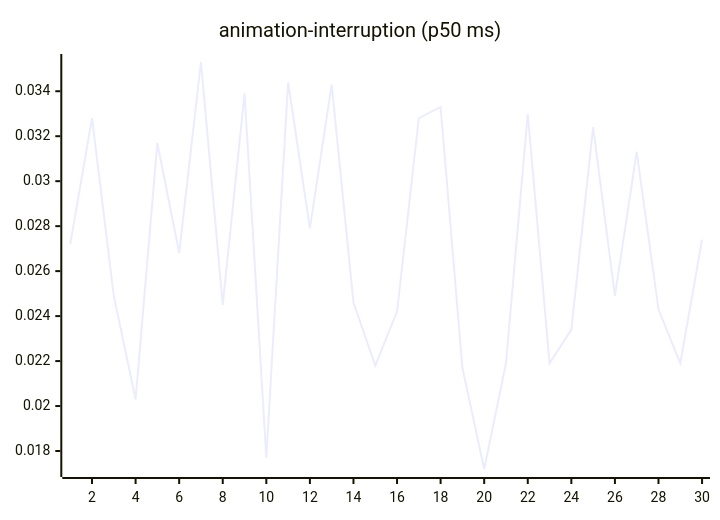
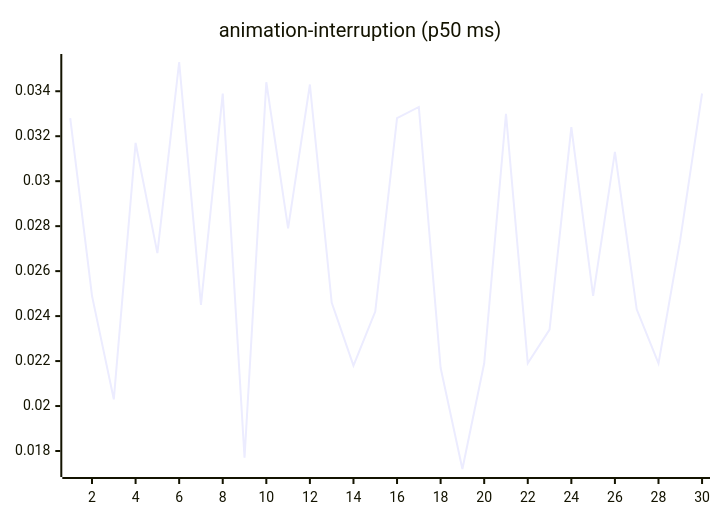
The third of 27 diagrams in README.md (josha/Facet), drawn with Mermaid before and after one commit. The commit also changed other lines of this file and 2 other files, not shown here.

````diff
--- a/README.md
+++ b/README.md
@@ -77,6 +77,6 @@
 ```mermaid
 xychart-beta
     title "animation-interruption (p50 ms)"
     x-axis 1 --> 30
-    line [0.0272, 0.0328, 0.0249, 0.0203, 0.0317, 0.0268, 0.0353, 0.0245, 0.0339, 0.0177, 0.0344, 0.0279, 0.0343, 0.0246, 0.0218, 0.0242, 0.0328, 0.0333, 0.0217, 0.0172, 0.0219, 0.0330, 0.0219, 0.0234, 0.0324, 0.0249, 0.0313, 0.0243, 0.0219, 0.0274]
+    line [0.0328, 0.0249, 0.0203, 0.0317, 0.0268, 0.0353, 0.0245, 0.0339, 0.0177, 0.0344, 0.0279, 0.0343, 0.0246, 0.0218, 0.0242, 0.0328, 0.0333, 0.0217, 0.0172, 0.0219, 0.0330, 0.0219, 0.0234, 0.0324, 0.0249, 0.0313, 0.0243, 0.0219, 0.0274, 0.0339]
 ```
````
